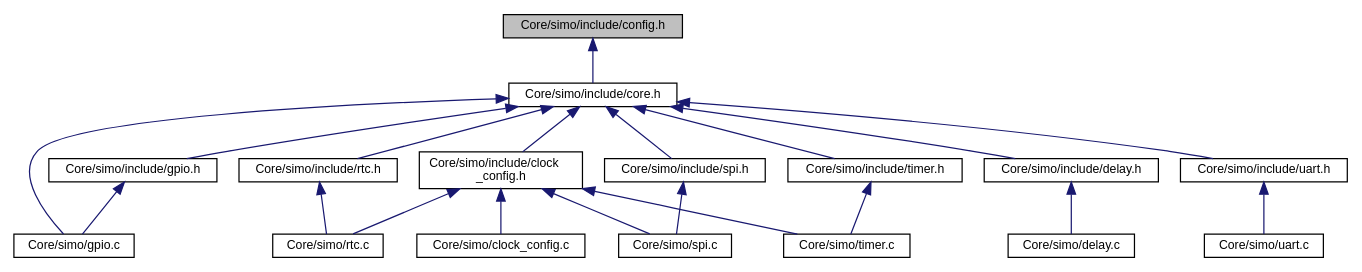
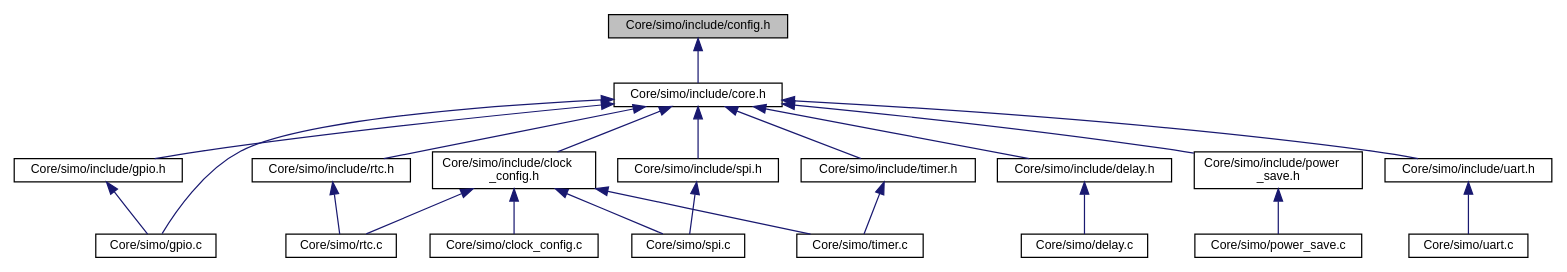
Before and after one commit to Germanvelardez2018/SIMO-STM32-framework: the diagram in docs/config_8h__dep__incl.dot, drawn with Graphviz. The commit also changed 80 other files, not shown here.

```diff
--- a/docs/config_8h__dep__incl.dot
+++ b/docs/config_8h__dep__incl.dot
@@ -1,41 +1,45 @@
 digraph "Core/simo/include/config.h"
 {
  // LATEX_PDF_SIZE
   edge [fontname="Helvetica",fontsize="10",labelfontname="Helvetica",labelfontsize="10"];
   node [fontname="Helvetica",fontsize="10",shape=record];
   Node1 [label="Core/simo/include/config.h",height=0.2,width=0.4,color="black", fillcolor="grey75", style="filled", fontcolor="black",tooltip=" "];
   Node1 -> Node2 [dir="back",color="midnightblue",fontsize="10",style="solid",fontname="Helvetica"];
   Node2 [label="Core/simo/include/core.h",height=0.2,width=0.4,color="black", fillcolor="white", style="filled",URL="$core_8h.html",tooltip=" "];
   Node2 -> Node3 [dir="back",color="midnightblue",fontsize="10",style="solid",fontname="Helvetica"];
   Node3 [label="Core/simo/gpio.c",height=0.2,width=0.4,color="black", fillcolor="white", style="filled",URL="$gpio_8c.html",tooltip=" "];
   Node2 -> Node4 [dir="back",color="midnightblue",fontsize="10",style="solid",fontname="Helvetica"];
   Node4 [label="Core/simo/include/clock\l_config.h",height=0.2,width=0.4,color="black", fillcolor="white", style="filled",URL="$clock__config_8h.html",tooltip=" "];
   Node4 -> Node5 [dir="back",color="midnightblue",fontsize="10",style="solid",fontname="Helvetica"];
   Node5 [label="Core/simo/clock_config.c",height=0.2,width=0.4,color="black", fillcolor="white", style="filled",URL="$clock__config_8c.html",tooltip=" "];
   Node4 -> Node6 [dir="back",color="midnightblue",fontsize="10",style="solid",fontname="Helvetica"];
   Node6 [label="Core/simo/rtc.c",height=0.2,width=0.4,color="black", fillcolor="white", style="filled",URL="$rtc_8c.html",tooltip=" "];
   Node4 -> Node7 [dir="back",color="midnightblue",fontsize="10",style="solid",fontname="Helvetica"];
   Node7 [label="Core/simo/spi.c",height=0.2,width=0.4,color="black", fillcolor="white", style="filled",URL="$spi_8c.html",tooltip="Driver para abstraer el hardware SPI."];
   Node4 -> Node8 [dir="back",color="midnightblue",fontsize="10",style="solid",fontname="Helvetica"];
   Node8 [label="Core/simo/timer.c",height=0.2,width=0.4,color="black", fillcolor="white", style="filled",URL="$timer_8c.html",tooltip=" "];
   Node2 -> Node9 [dir="back",color="midnightblue",fontsize="10",style="solid",fontname="Helvetica"];
   Node9 [label="Core/simo/include/delay.h",height=0.2,width=0.4,color="black", fillcolor="white", style="filled",URL="$delay_8h.html",tooltip="Abstraccion de funcion delay bloqueante."];
   Node9 -> Node10 [dir="back",color="midnightblue",fontsize="10",style="solid",fontname="Helvetica"];
   Node10 [label="Core/simo/delay.c",height=0.2,width=0.4,color="black", fillcolor="white", style="filled",URL="$delay_8c.html",tooltip=" "];
   Node2 -> Node11 [dir="back",color="midnightblue",fontsize="10",style="solid",fontname="Helvetica"];
   Node11 [label="Core/simo/include/gpio.h",height=0.2,width=0.4,color="black", fillcolor="white", style="filled",URL="$gpio_8h.html",tooltip="Driver para abstraer el hardware GPIO del microcontrolador."];
   Node11 -> Node3 [dir="back",color="midnightblue",fontsize="10",style="solid",fontname="Helvetica"];
   Node2 -> Node12 [dir="back",color="midnightblue",fontsize="10",style="solid",fontname="Helvetica"];
-  Node12 [label="Core/simo/include/rtc.h",height=0.2,width=0.4,color="black", fillcolor="white", style="filled",URL="$rtc_8h.html",tooltip="Abstracion para utilizar el hardware RTC."];
-  Node12 -> Node6 [dir="back",color="midnightblue",fontsize="10",style="solid",fontname="Helvetica"];
-  Node2 -> Node13 [dir="back",color="midnightblue",fontsize="10",style="solid",fontname="Helvetica"];
-  Node13 [label="Core/simo/include/spi.h",height=0.2,width=0.4,color="black", fillcolor="white", style="filled",URL="$spi_8h.html",tooltip="Driver para abstraer hardware SPI."];
-  Node13 -> Node7 [dir="back",color="midnightblue",fontsize="10",style="solid",fontname="Helvetica"];
+  Node12 [label="Core/simo/include/power\l_save.h",height=0.2,width=0.4,color="black", fillcolor="white", style="filled",URL="$power__save_8h.html",tooltip=" "];
+  Node12 -> Node13 [dir="back",color="midnightblue",fontsize="10",style="solid",fontname="Helvetica"];
+  Node13 [label="Core/simo/power_save.c",height=0.2,width=0.4,color="black", fillcolor="white", style="filled",URL="$power__save_8c.html",tooltip="Driver para abstraer las funciones de power save en micros ARM."];
   Node2 -> Node14 [dir="back",color="midnightblue",fontsize="10",style="solid",fontname="Helvetica"];
-  Node14 [label="Core/simo/include/timer.h",height=0.2,width=0.4,color="black", fillcolor="white", style="filled",URL="$timer_8h.html",tooltip="Driver para abstraer el hardware timer."];
-  Node14 -> Node8 [dir="back",color="midnightblue",fontsize="10",style="solid",fontname="Helvetica"];
+  Node14 [label="Core/simo/include/rtc.h",height=0.2,width=0.4,color="black", fillcolor="white", style="filled",URL="$rtc_8h.html",tooltip="Abstracion para utilizar el hardware RTC."];
+  Node14 -> Node6 [dir="back",color="midnightblue",fontsize="10",style="solid",fontname="Helvetica"];
   Node2 -> Node15 [dir="back",color="midnightblue",fontsize="10",style="solid",fontname="Helvetica"];
-  Node15 [label="Core/simo/include/uart.h",height=0.2,width=0.4,color="black", fillcolor="white", style="filled",URL="$uart_8h.html",tooltip="Driver para abstraer el hardware UART."];
-  Node15 -> Node16 [dir="back",color="midnightblue",fontsize="10",style="solid",fontname="Helvetica"];
-  Node16 [label="Core/simo/uart.c",height=0.2,width=0.4,color="black", fillcolor="white", style="filled",URL="$uart_8c.html",tooltip=" "];
+  Node15 [label="Core/simo/include/spi.h",height=0.2,width=0.4,color="black", fillcolor="white", style="filled",URL="$spi_8h.html",tooltip="Driver para abstraer hardware SPI."];
+  Node15 -> Node7 [dir="back",color="midnightblue",fontsize="10",style="solid",fontname="Helvetica"];
+  Node2 -> Node16 [dir="back",color="midnightblue",fontsize="10",style="solid",fontname="Helvetica"];
+  Node16 [label="Core/simo/include/timer.h",height=0.2,width=0.4,color="black", fillcolor="white", style="filled",URL="$timer_8h.html",tooltip="Driver para abstraer el hardware timer."];
+  Node16 -> Node8 [dir="back",color="midnightblue",fontsize="10",style="solid",fontname="Helvetica"];
+  Node2 -> Node17 [dir="back",color="midnightblue",fontsize="10",style="solid",fontname="Helvetica"];
+  Node17 [label="Core/simo/include/uart.h",height=0.2,width=0.4,color="black", fillcolor="white", style="filled",URL="$uart_8h.html",tooltip="Driver para abstraer el hardware UART."];
+  Node17 -> Node18 [dir="back",color="midnightblue",fontsize="10",style="solid",fontname="Helvetica"];
+  Node18 [label="Core/simo/uart.c",height=0.2,width=0.4,color="black", fillcolor="white", style="filled",URL="$uart_8c.html",tooltip=" "];
 }
```
